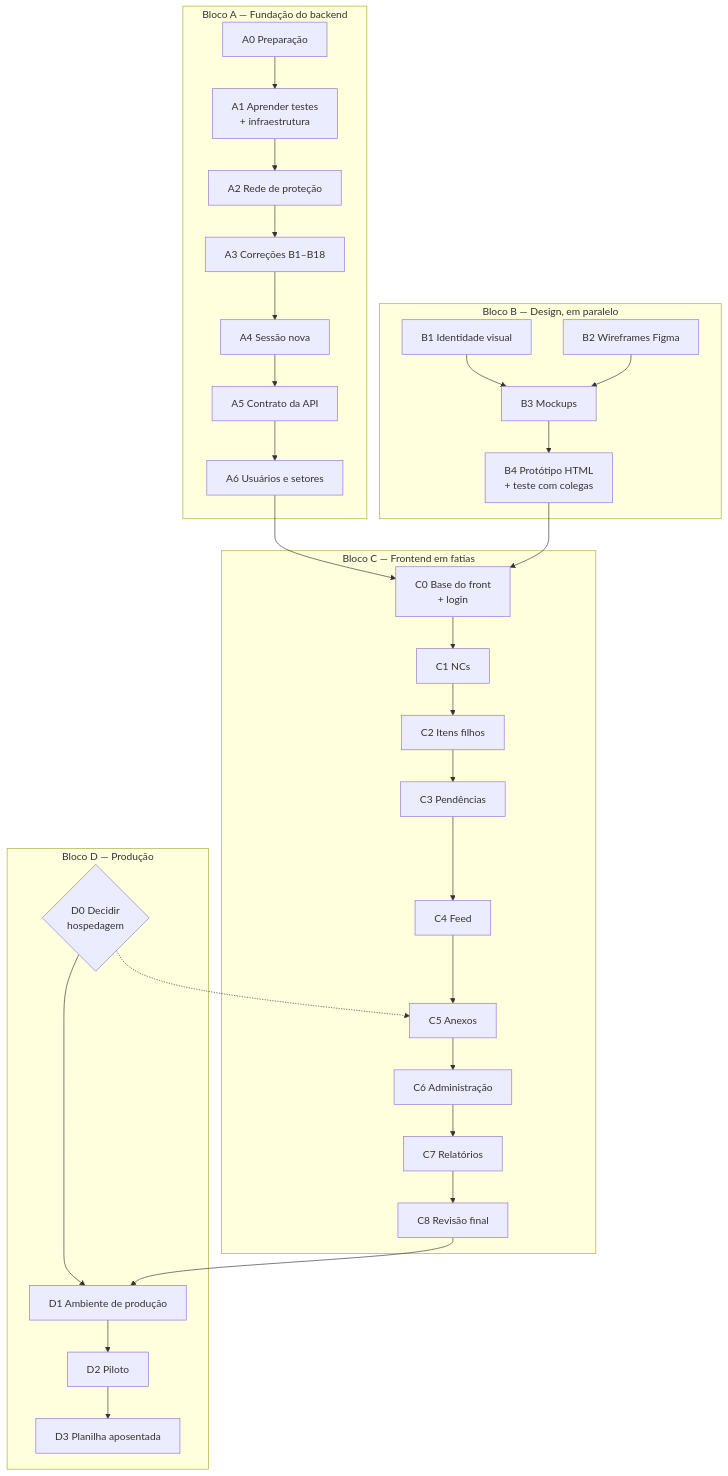
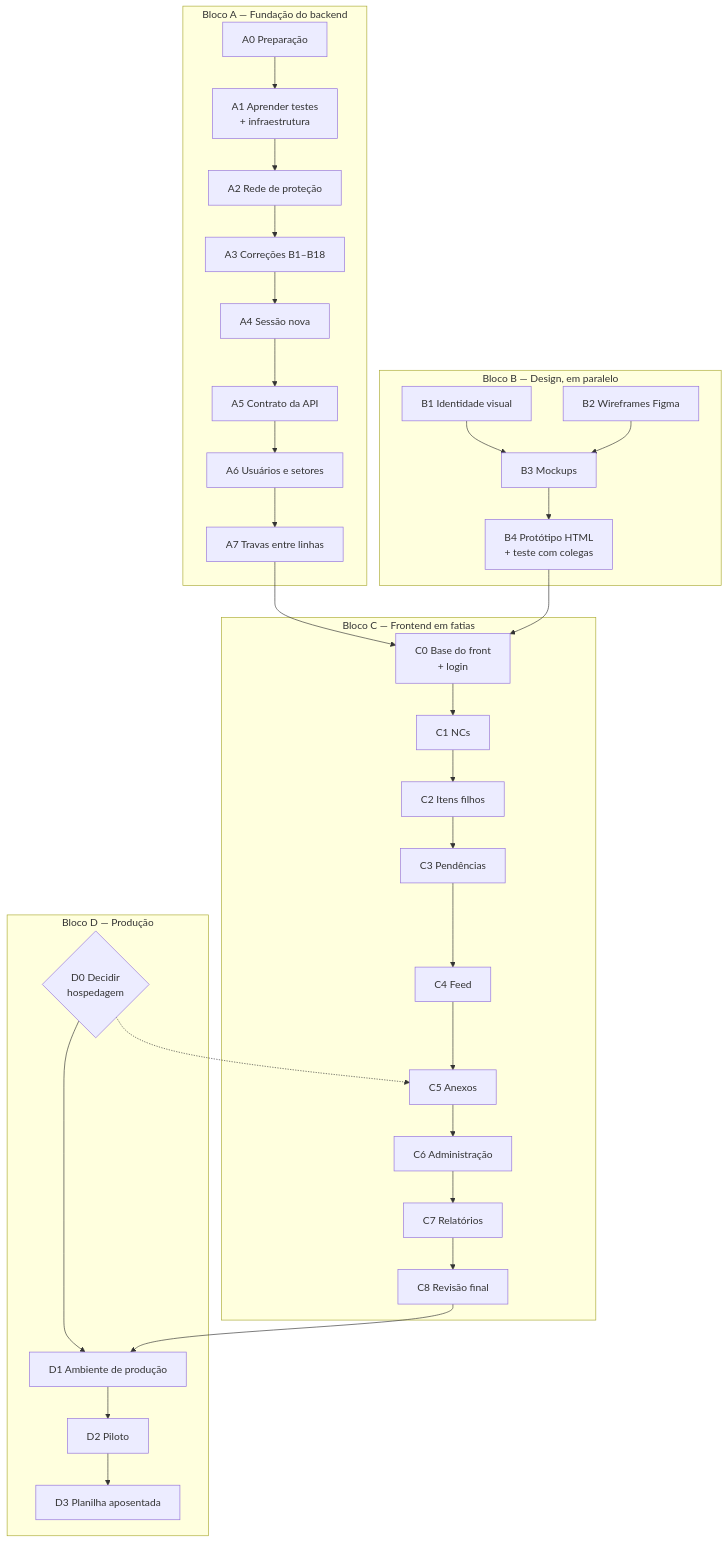
The diagram in docs/plano-implementacao.md (fellipemnds/qualityhub), drawn with Mermaid before and after one commit. The commit also changed other lines of this file and 5 other files, not shown here.

````diff
--- a/docs/plano-implementacao.md
+++ b/docs/plano-implementacao.md
@@ -45,39 +45,40 @@
 ```mermaid
 flowchart TD
     subgraph A[Bloco A — Fundação do backend]
         A0[A0 Preparação] --> A1[A1 Aprender testes<br/>+ infraestrutura]
         A1 --> A2[A2 Rede de proteção]
         A2 --> A3[A3 Correções B1–B18]
         A3 --> A4[A4 Sessão nova]
         A4 --> A5[A5 Contrato da API]
         A5 --> A6[A6 Usuários e setores]
+        A6 --> A7[A7 Travas entre linhas]
     end
 
     subgraph B[Bloco B — Design, em paralelo]
         B1[B1 Identidade visual] --> B3
         B2[B2 Wireframes Figma] --> B3[B3 Mockups]
         B3 --> B4[B4 Protótipo HTML<br/>+ teste com colegas]
     end
 
     subgraph C[Bloco C — Frontend em fatias]
         C0[C0 Base do front<br/>+ login] --> C1[C1 NCs]
         C1 --> C2[C2 Itens filhos]
         C2 --> C3[C3 Pendências]
         C3 --> C4[C4 Feed]
         C4 --> C5[C5 Anexos]
         C5 --> C6[C6 Administração]
         C6 --> C7[C7 Relatórios]
         C7 --> C8[C8 Revisão final]
     end
 
     subgraph D[Bloco D — Produção]
         D0{D0 Decidir<br/>hospedagem} --> D1[D1 Ambiente de produção]
         D1 --> D2[D2 Piloto]
         D2 --> D3[D3 Planilha aposentada]
     end
 
-    A6 --> C0
+    A7 --> C0
     B4 --> C0
     D0 -.-> C5
     C8 --> D1
 ```
````
